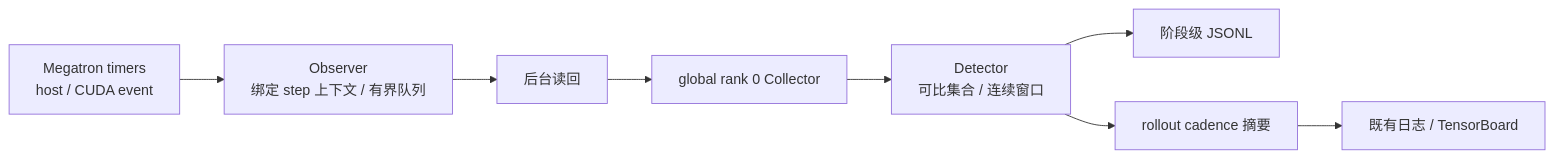
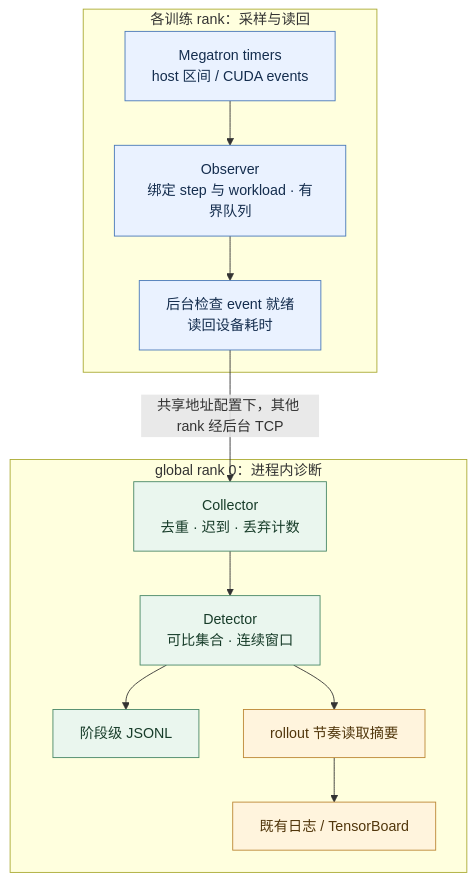
One commit to shanyulu/Relax changed the first of 2 diagrams in review/task11-publication-20260930/ISSUE357_GITHUB_BODY_FINAL.md. Above: the diagram before and after it, drawn with Mermaid. The commit also changed other lines of this file and 4 other files, not shown here.

````diff
--- a/review/task11-publication-20260930/ISSUE357_GITHUB_BODY_FINAL.md
+++ b/review/task11-publication-20260930/ISSUE357_GITHUB_BODY_FINAL.md
@@ -22,10 +11,20 @@
 ```mermaid
-flowchart LR
-  T["Megatron timers<br/>host / CUDA event"] --> O["Observer<br/>绑定 step 上下文 / 有界队列"]
-  O --> R["后台读回"]
-  R --> C["global rank 0 Collector"]
-  C --> D["Detector<br/>可比集合 / 连续窗口"]
-  D --> J["阶段级 JSONL"]
-  D --> S["rollout cadence 摘要"]
-  S --> P["既有日志 / TensorBoard"]
+flowchart TB
+  subgraph capture["各训练 rank：采样与读回"]
+    T["Megatron timers<br/>host 区间 / CUDA events"] --> O["Observer<br/>绑定 step 与 workload · 有界队列"]
+    O --> R["后台检查 event 就绪<br/>读回设备耗时"]
+  end
+  subgraph diagnosis["global rank 0：进程内诊断"]
+    C["Collector<br/>去重 · 迟到 · 丢弃计数"] --> D["Detector<br/>可比集合 · 连续窗口"]
+    D --> J["阶段级 JSONL"]
+    D --> S["rollout 节奏读取摘要"]
+    S --> P["既有日志 / TensorBoard"]
+  end
+  R -->|"共享地址配置下，其他 rank 经后台 TCP"| C
+  classDef blue fill:#eaf2ff,stroke:#4778b8,color:#142d4e
+  classDef green fill:#eaf6ee,stroke:#488766,color:#173c29
+  classDef amber fill:#fff4dd,stroke:#bc8734,color:#51360b
+  class T,O,R blue
+  class C,D,J green
+  class S,P amber
 ```
````
